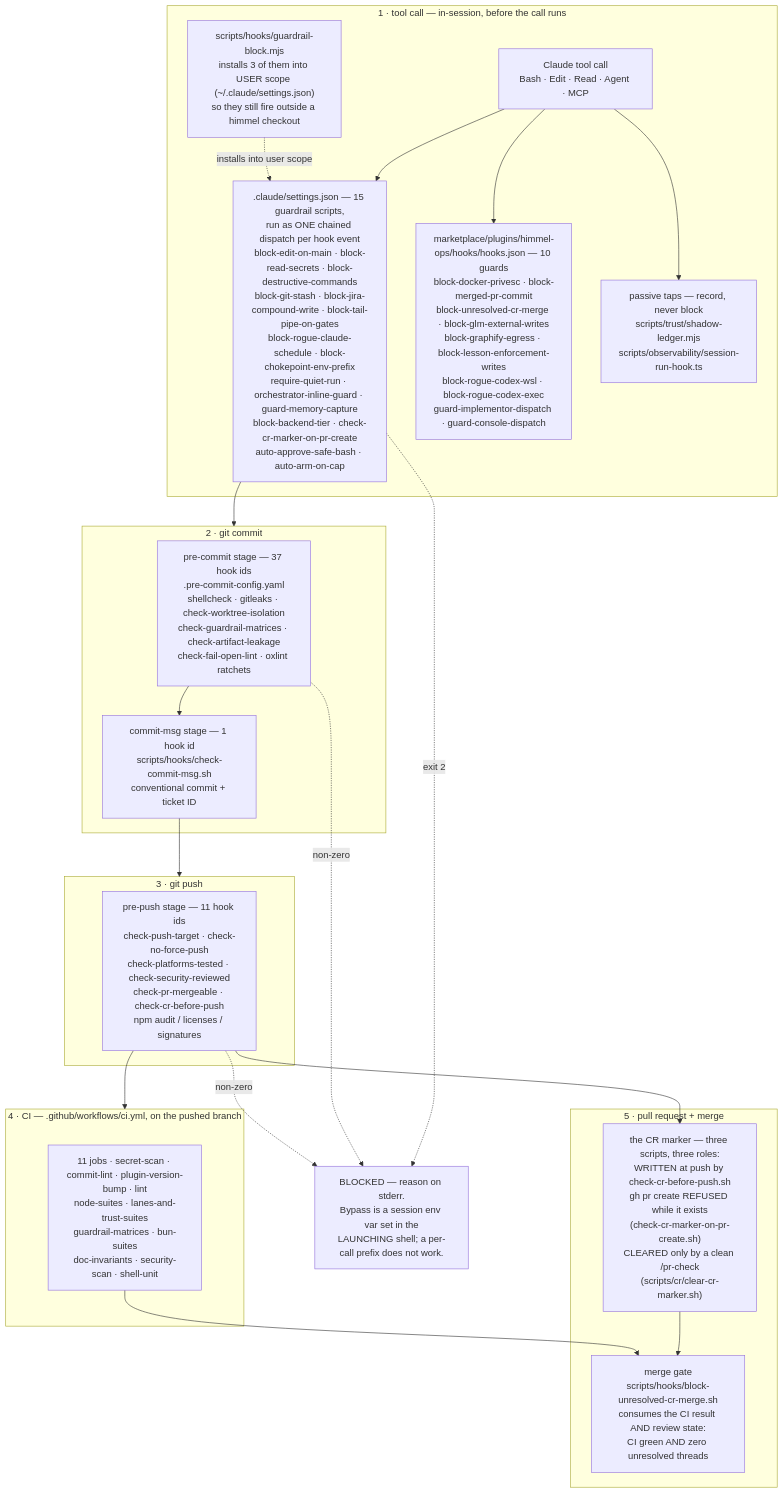
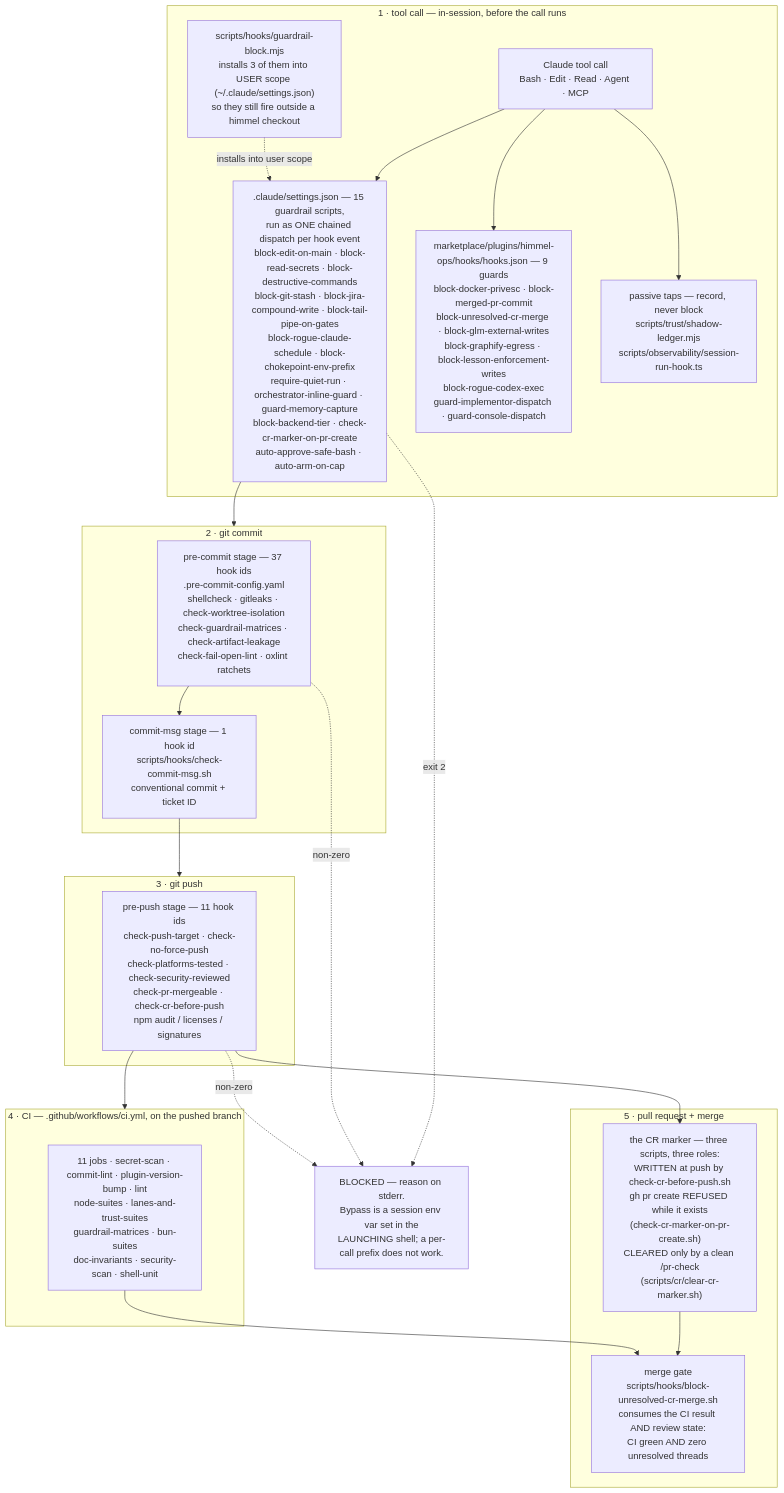
One commit to Goomal/Himmel changed the first of 5 diagrams in docs/architecture.md. Above: the diagram before and after it, drawn with Mermaid. The commit also changed 37 other files, not shown here.

````diff
--- a/docs/architecture.md
+++ b/docs/architecture.md
@@ -35,44 +35,44 @@
 ```mermaid
 flowchart TD
     subgraph S1["1 · tool call — in-session, before the call runs"]
         TC["Claude tool call<br/>Bash · Edit · Read · Agent · MCP"]
         H1[".claude/settings.json — 15 guardrail scripts,<br/>run as ONE chained dispatch per hook event<br/>block-edit-on-main · block-read-secrets · block-destructive-commands<br/>block-git-stash · block-jira-compound-write · block-tail-pipe-on-gates<br/>block-rogue-claude-schedule · block-chokepoint-env-prefix<br/>require-quiet-run · orchestrator-inline-guard · guard-memory-capture<br/>block-backend-tier · check-cr-marker-on-pr-create<br/>auto-approve-safe-bash · auto-arm-on-cap"]
-        H2["marketplace/plugins/himmel-ops/hooks/hooks.json — 10 guards<br/>block-docker-privesc · block-merged-pr-commit<br/>block-unresolved-cr-merge · block-glm-external-writes<br/>block-graphify-egress · block-lesson-enforcement-writes<br/>block-rogue-codex-wsl · block-rogue-codex-exec<br/>guard-implementor-dispatch · guard-console-dispatch"]
+        H2["marketplace/plugins/himmel-ops/hooks/hooks.json — 9 guards<br/>block-docker-privesc · block-merged-pr-commit<br/>block-unresolved-cr-merge · block-glm-external-writes<br/>block-graphify-egress · block-lesson-enforcement-writes<br/>block-rogue-codex-exec<br/>guard-implementor-dispatch · guard-console-dispatch"]
         H3["scripts/hooks/guardrail-block.mjs<br/>installs 3 of them into USER scope (~/.claude/settings.json)<br/>so they still fire outside a himmel checkout"]
         H4["passive taps — record, never block<br/>scripts/trust/shadow-ledger.mjs<br/>scripts/observability/session-run-hook.ts"]
         TC --> H1
         TC --> H2
         TC --> H4
         H3 -.->|"installs into user scope"| H1
     end
 
     subgraph S2["2 · git commit"]
         PC["pre-commit stage — 37 hook ids<br/>.pre-commit-config.yaml<br/>shellcheck · gitleaks · check-worktree-isolation<br/>check-guardrail-matrices · check-artifact-leakage<br/>check-fail-open-lint · oxlint ratchets"]
         CM["commit-msg stage — 1 hook id<br/>scripts/hooks/check-commit-msg.sh<br/>conventional commit + ticket ID"]
         PC --> CM
     end
 
     subgraph S3["3 · git push"]
         PP["pre-push stage — 11 hook ids<br/>check-push-target · check-no-force-push<br/>check-platforms-tested · check-security-reviewed<br/>check-pr-mergeable · check-cr-before-push<br/>npm audit / licenses / signatures"]
     end
 
     subgraph S4["4 · CI — .github/workflows/ci.yml, on the pushed branch"]
         CI["11 jobs · secret-scan · commit-lint · plugin-version-bump · lint<br/>node-suites · lanes-and-trust-suites<br/>guardrail-matrices · bun-suites<br/>doc-invariants · security-scan · shell-unit"]
     end
 
     subgraph S5["5 · pull request + merge"]
         CR["the CR marker — three scripts, three roles:<br/>WRITTEN at push by check-cr-before-push.sh<br/>gh pr create REFUSED while it exists<br/>(check-cr-marker-on-pr-create.sh)<br/>CLEARED only by a clean /pr-check<br/>(scripts/cr/clear-cr-marker.sh)"]
         MG["merge gate<br/>scripts/hooks/block-unresolved-cr-merge.sh<br/>consumes the CI result AND review state:<br/>CI green AND zero unresolved threads"]
         CR --> MG
     end
 
     H1 --> S2
     CM --> S3
     PP --> S4
     PP --> CR
     CI --> MG
 
     H1 -.->|"exit 2"| BLOCK["BLOCKED — reason on stderr.<br/>Bypass is a session env var set in the<br/>LAUNCHING shell; a per-call prefix does not work."]
     PC -.->|"non-zero"| BLOCK
     PP -.->|"non-zero"| BLOCK
 ```
````
